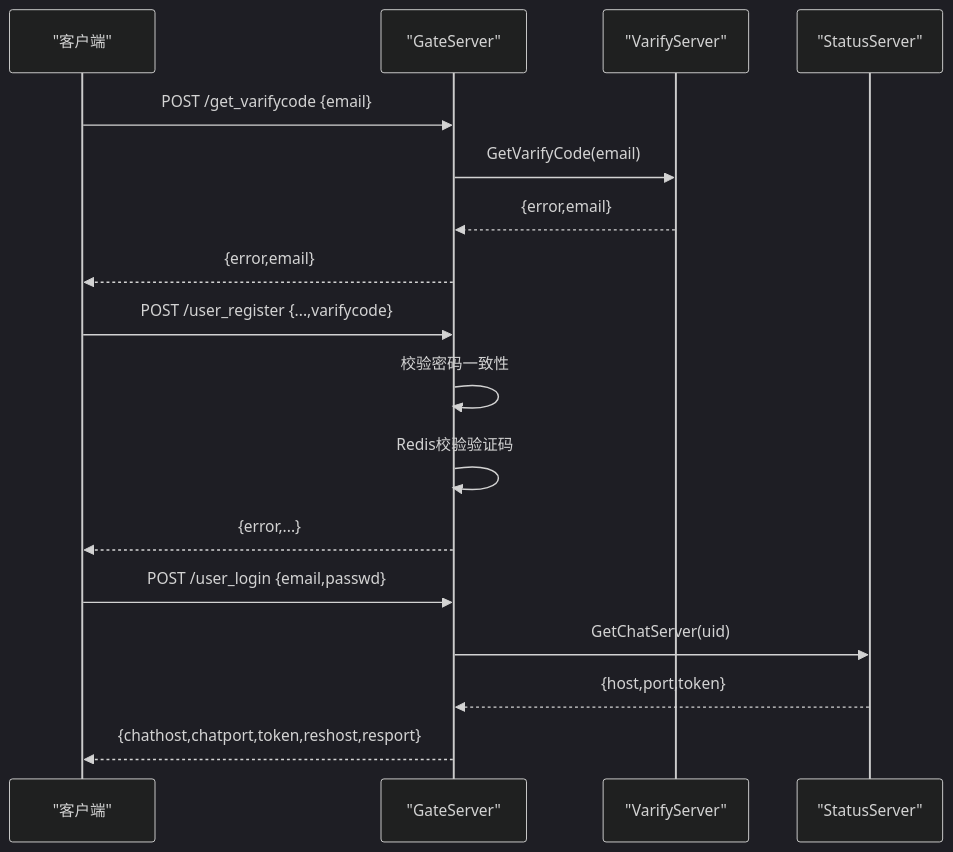
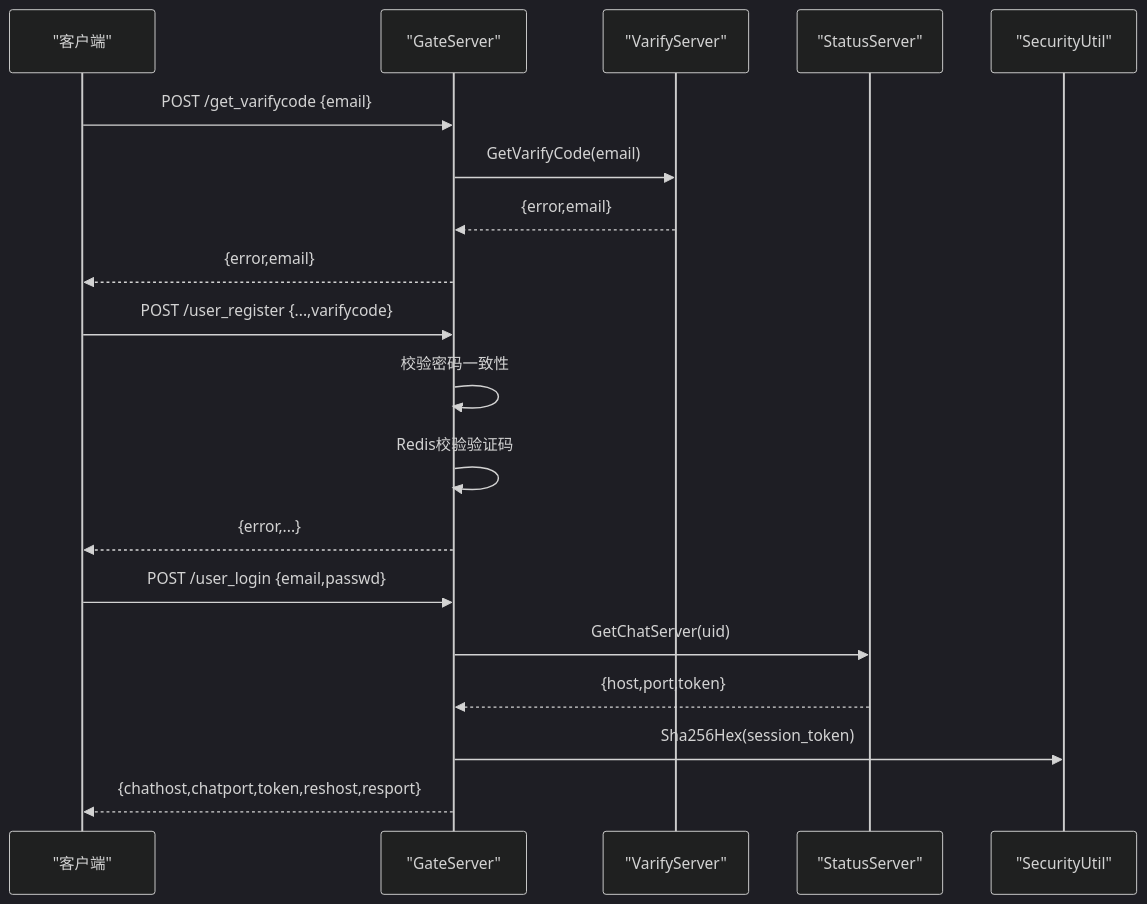
Before and after one commit to echo9923/mychatter: the sixth of 11 diagrams in .qoder/repowiki/zh/content/安全设计/身份认证系统/身份认证系统.md, drawn with Mermaid (dark theme). The commit also changed other lines of this file and 107 other files, not shown here.

````diff
--- a/.qoder/repowiki/zh/content/安全设计/身份认证系统/身份认证系统.md
+++ b/.qoder/repowiki/zh/content/安全设计/身份认证系统/身份认证系统.md
@@ -232,19 +295,21 @@
 ```mermaid
 sequenceDiagram
 participant Client as "客户端"
 participant Gate as "GateServer"
 participant Verify as "VarifyServer"
 participant Status as "StatusServer"
+participant SecUtil as "SecurityUtil"
 Client->>Gate : POST /get_varifycode {email}
 Gate->>Verify : GetVarifyCode(email)
 Verify-->>Gate : {error,email}
 Gate-->>Client : {error,email}
 Client->>Gate : POST /user_register {...,varifycode}
 Gate->>Gate : 校验密码一致性
 Gate->>Gate : Redis校验验证码
 Gate-->>Client : {error,...}
 Client->>Gate : POST /user_login {email,passwd}
 Gate->>Status : GetChatServer(uid)
 Status-->>Gate : {host,port,token}
+Gate->>SecUtil : Sha256Hex(session_token)
 Gate-->>Client : {chathost,chatport,token,reshost,resport}
 ```
````
